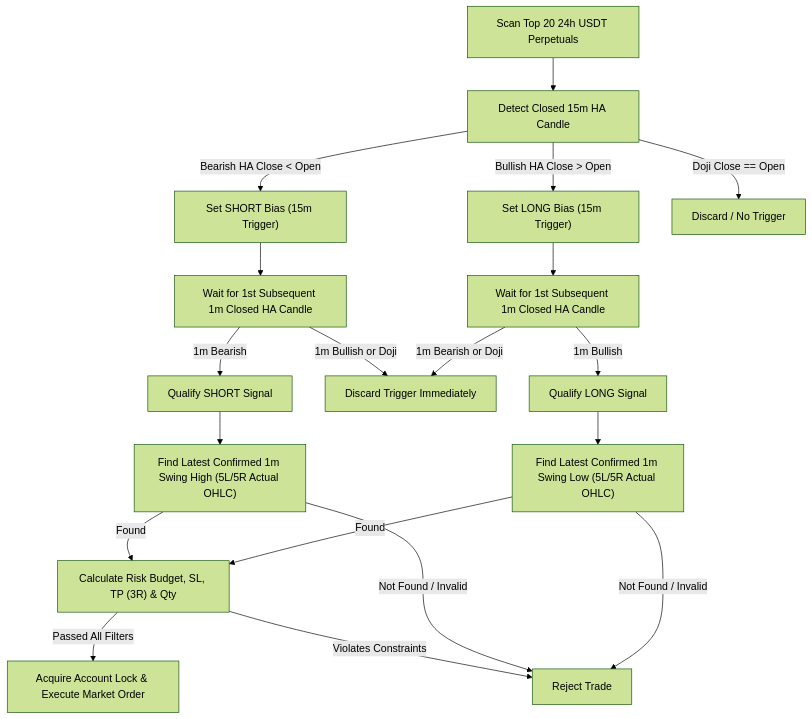
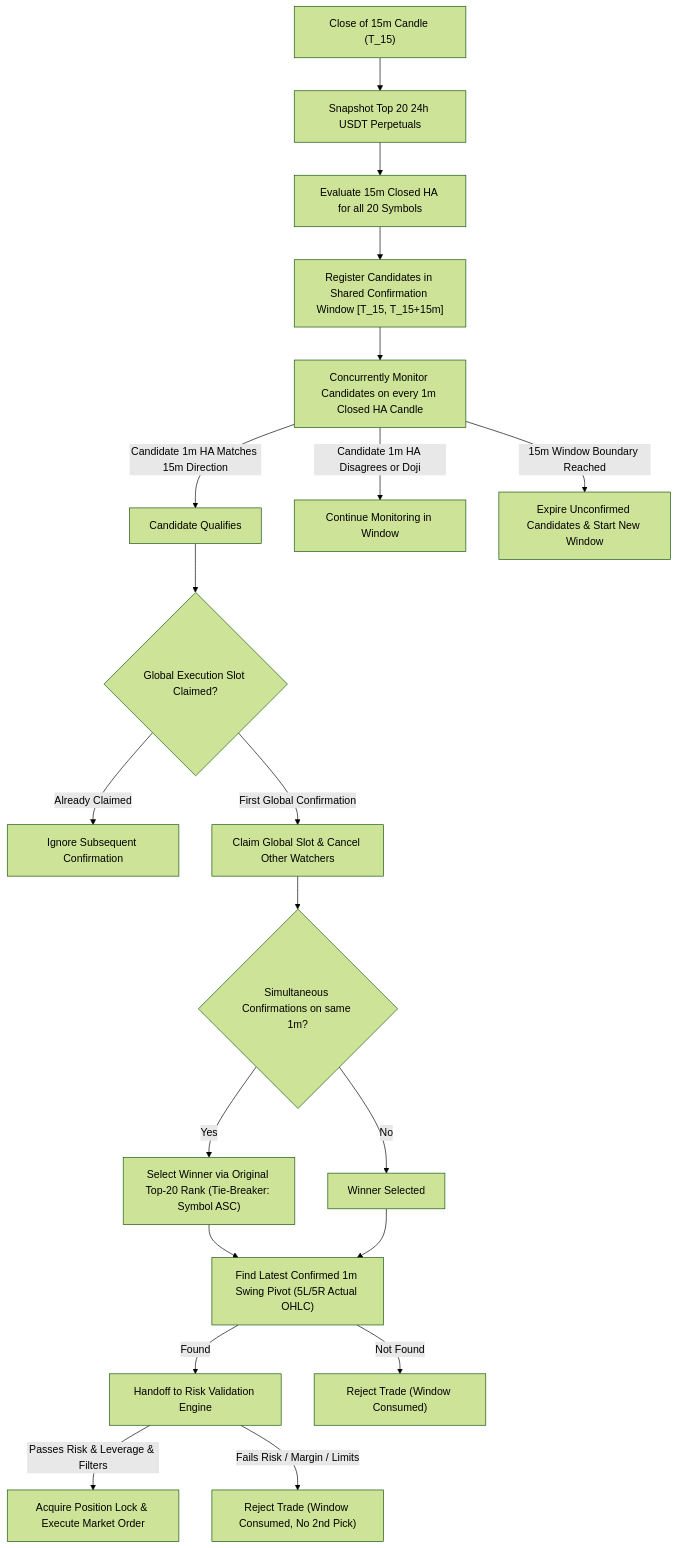
Before and after one commit to Sankar7567/bot_1: the diagram in docs/STRATEGY_RULES.md, drawn with Mermaid (forest theme). The commit also changed other lines of this file and 14 other files, not shown here.

````diff
--- a/docs/STRATEGY_RULES.md
+++ b/docs/STRATEGY_RULES.md
@@ -13,27 +15,29 @@
 ```mermaid
 flowchart TD
-    A["Scan Top 20 24h USDT Perpetuals"] --> B["Detect Closed 15m HA Candle"]
-    B -->|Bullish HA Close > Open| C["Set LONG Bias (15m Trigger)"]
-    B -->|Bearish HA Close < Open| D["Set SHORT Bias (15m Trigger)"]
-    B -->|Doji Close == Open| E["Discard / No Trigger"]
+    A["Close of 15m Candle (T_15)"] --> B["Snapshot Top 20 24h USDT Perpetuals"]
+    B --> C["Evaluate 15m Closed HA for all 20 Symbols"]
+    C --> D["Register Candidates in Shared Confirmation Window [T_15, T_15+15m]"]
     
-    C --> F["Wait for 1st Subsequent 1m Closed HA Candle"]
-    D --> G["Wait for 1st Subsequent 1m Closed HA Candle"]
+    D --> E["Concurrently Monitor Candidates on every 1m Closed HA Candle"]
+    E -->|Candidate 1m HA Matches 15m Direction| F["Candidate Qualifies"]
+    E -->|Candidate 1m HA Disagrees or Doji| G["Continue Monitoring in Window"]
     
-    F -->|1m Bullish| H["Qualify LONG Signal"]
-    F -->|1m Bearish or Doji| I["Discard Trigger Immediately"]
+    F --> H{"Global Execution Slot Claimed?"}
+    H -->|Already Claimed| I["Ignore Subsequent Confirmation"]
+    H -->|First Global Confirmation| J["Claim Global Slot & Cancel Other Watchers"]
     
-    G -->|1m Bearish| J["Qualify SHORT Signal"]
-    G -->|1m Bullish or Doji| I
+    J --> K{"Simultaneous Confirmations on same 1m?"}
+    K -->|Yes| L["Select Winner via Original Top-20 Rank (Tie-Breaker: Symbol ASC)"]
+    K -->|No| M["Winner Selected"]
     
-    H --> K["Find Latest Confirmed 1m Swing Low (5L/5R Actual OHLC)"]
-    J --> L["Find Latest Confirmed 1m Swing High (5L/5R Actual OHLC)"]
+    L --> N["Find Latest Confirmed 1m Swing Pivot (5L/5R Actual OHLC)"]
+    M --> N
     
-    K -->|Found| M["Calculate Risk Budget, SL, TP (3R) & Qty"]
-    K -->|Not Found / Invalid| N["Reject Trade"]
-    L -->|Found| M
-    L -->|Not Found / Invalid| N
+    N -->|Found| O["Handoff to Risk Validation Engine"]
+    N -->|Not Found| P["Reject Trade (Window Consumed)"]
     
-    M -->|Passed All Filters| O["Acquire Account Lock & Execute Market Order"]
-    M -->|Violates Constraints| N
+    O -->|Passes Risk & Leverage & Filters| Q["Acquire Position Lock & Execute Market Order"]
+    O -->|Fails Risk / Margin / Limits| R["Reject Trade (Window Consumed, No 2nd Pick)"]
+    
+    E -->|15m Window Boundary Reached| S["Expire Unconfirmed Candidates & Start New Window"]
 ```
````
